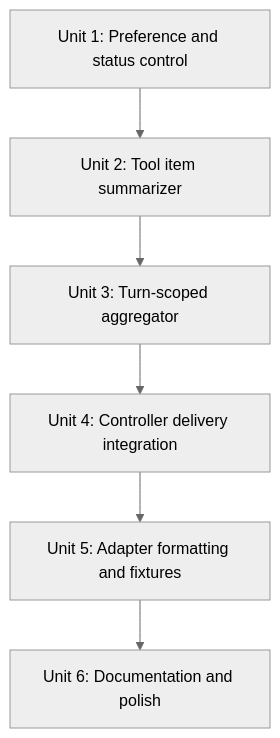
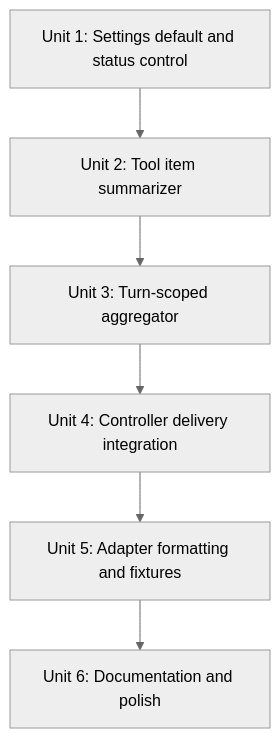
The second of 2 diagrams in docs/plans/2026-05-02-001-feat-messaging-tool-update-verbosity-plan.md (pwrdrvr/PwrAgent), drawn with Mermaid (neutral theme) before and after one commit. The commit also changed other lines of this file, not shown here.

Commit message:
docs: include settings default for tool updates

````diff
--- a/docs/plans/2026-05-02-001-feat-messaging-tool-update-verbosity-plan.md
+++ b/docs/plans/2026-05-02-001-feat-messaging-tool-update-verbosity-plan.md
@@ -118,8 +132,8 @@
 ```mermaid
 flowchart TB
-    U1["Unit 1: Preference and status control"] --> U2["Unit 2: Tool item summarizer"]
+    U1["Unit 1: Settings default and status control"] --> U2["Unit 2: Tool item summarizer"]
     U2 --> U3["Unit 3: Turn-scoped aggregator"]
     U3 --> U4["Unit 4: Controller delivery integration"]
     U4 --> U5["Unit 5: Adapter formatting and fixtures"]
     U5 --> U6["Unit 6: Documentation and polish"]
 ```
````
